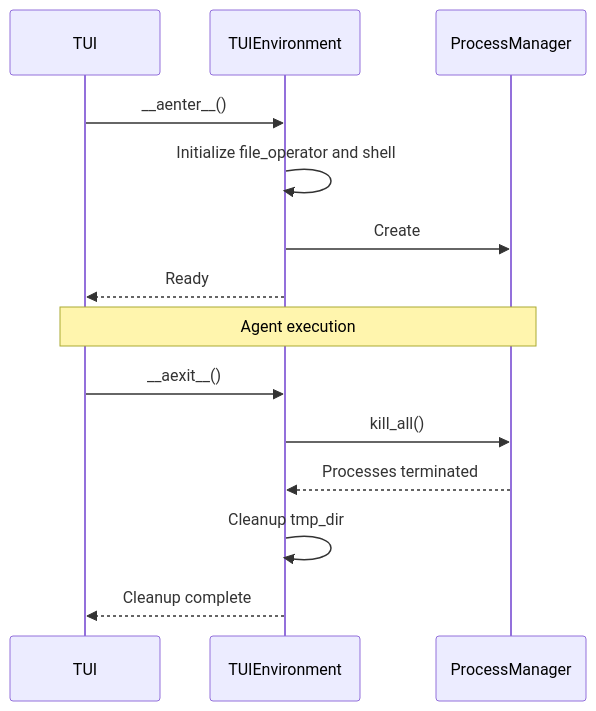
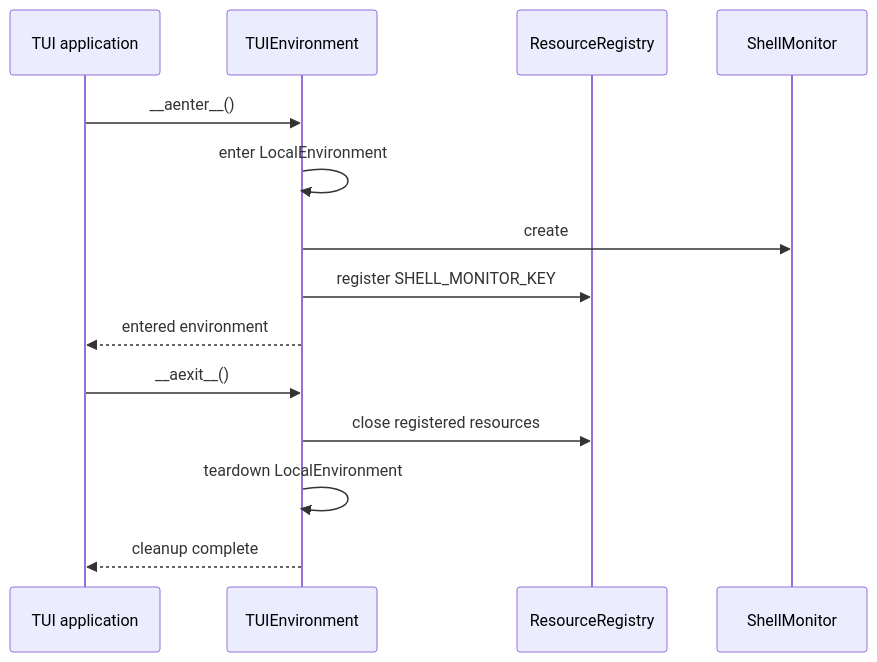
One commit to Wh1isper/ya-agent-sdk changed the second of 2 diagrams in packages/yaacli/spec/03-tui-environment.md. Above: the diagram before and after it, drawn with Mermaid. The commit also changed other lines of this file and 446 other files, not shown here.

````diff
--- a/packages/yaacli/spec/03-tui-environment.md
+++ b/packages/yaacli/spec/03-tui-environment.md
@@ -208,19 +52,17 @@
 ```mermaid
 sequenceDiagram
-    participant TUI
-    participant TUIEnvironment
-    participant ProcessManager
+    participant App as TUI application
+    participant Env as TUIEnvironment
+    participant Registry as ResourceRegistry
+    participant Monitor as ShellMonitor
 
-    TUI->>TUIEnvironment: __aenter__()
-    TUIEnvironment->>TUIEnvironment: Initialize file_operator and shell
-    TUIEnvironment->>ProcessManager: Create
-    TUIEnvironment-->>TUI: Ready
-
-    Note over TUI,ProcessManager: Agent execution
-
-    TUI->>TUIEnvironment: __aexit__()
-    TUIEnvironment->>ProcessManager: kill_all()
-    ProcessManager-->>TUIEnvironment: Processes terminated
-    TUIEnvironment->>TUIEnvironment: Cleanup tmp_dir
-    TUIEnvironment-->>TUI: Cleanup complete
+    App->>Env: __aenter__()
+    Env->>Env: enter LocalEnvironment
+    Env->>Monitor: create
+    Env->>Registry: register SHELL_MONITOR_KEY
+    Env-->>App: entered environment
+    App->>Env: __aexit__()
+    Env->>Registry: close registered resources
+    Env->>Env: teardown LocalEnvironment
+    Env-->>App: cleanup complete
 ```
````
